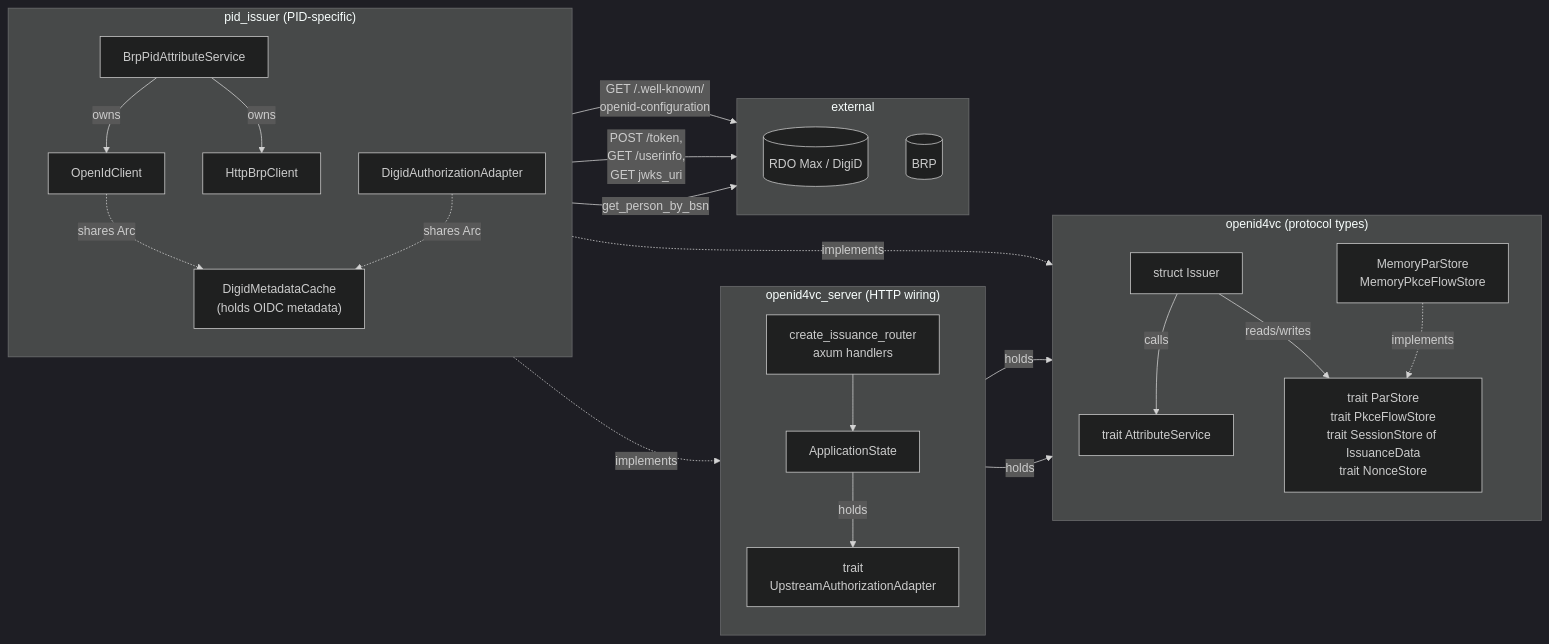
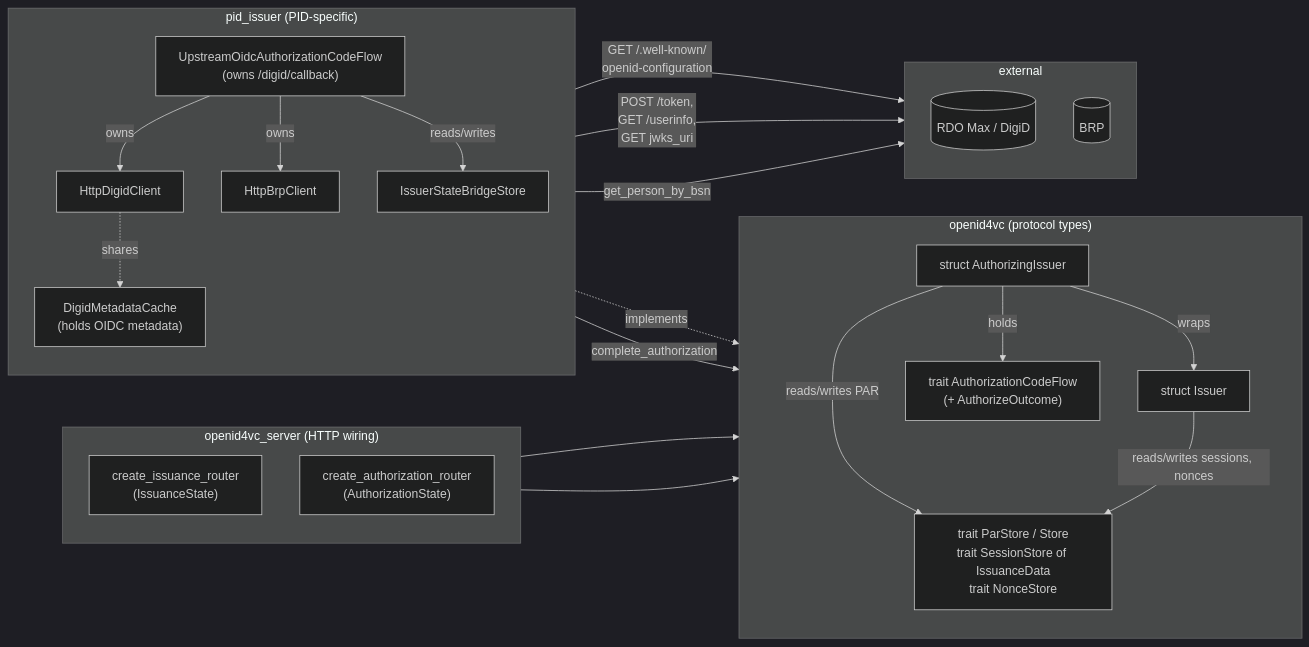
Before and after one commit to MinBZK/nl-wallet: the first of 2 diagrams in wallet_docs/development/pid-issuer-architecture.md, drawn with Mermaid (dark theme). The commit also changed other lines of this file and 1 other file, not shown here.

Commit message:
Upgrade documentation to match the changed code

````diff
--- a/wallet_docs/development/pid-issuer-architecture.md
+++ b/wallet_docs/development/pid-issuer-architecture.md
@@ -76,52 +120,49 @@
 ```{mermaid}
 flowchart LR
     subgraph ovcs["openid4vc_server (HTTP wiring)"]
         direction TB
-        Router["create_issuance_router<br/>axum handlers"]
-        AppState["ApplicationState"]
-        UpAd_trait["trait<br/>UpstreamAuthorizationAdapter"]
+        IssRouter["create_issuance_router<br/>(IssuanceState)"]
+        AuthRouter["create_authorization_router<br/>(AuthorizationState)"]
     end
 
     subgraph ovc["openid4vc (protocol types)"]
         direction TB
+        AuthIssuer["struct AuthorizingIssuer"]
         Issuer["struct Issuer"]
-        AS_trait["trait AttributeService"]
-        Store_traits["trait ParStore<br/>trait PkceFlowStore<br/>trait SessionStore of IssuanceData<br/>trait NonceStore"]
-        MemStores["MemoryParStore<br/>MemoryPkceFlowStore"]
+        AF_trait["trait AuthorizationCodeFlow<br/>(+ AuthorizeOutcome)"]
+        Store_traits["trait ParStore / Store<br/>trait SessionStore of IssuanceData<br/>trait NonceStore"]
     end
 
     subgraph pidi["pid_issuer (PID-specific)"]
         direction TB
-        BrpAttr["BrpPidAttributeService"]
-        DigidAdapter["DigidAuthorizationAdapter"]
-        OpenIdClient["OpenIdClient"]
+        Flow["UpstreamOidcAuthorizationCodeFlow<br/>(owns /digid/callback)"]
+        DigidClient["HttpDigidClient"]
         DigidCache["DigidMetadataCache<br/>(holds OIDC metadata)"]
         BrpClient["HttpBrpClient"]
+        Bridge["IssuerStateBridgeStore"]
     end
 
     subgraph ext["external"]
         direction TB
         RDO[("RDO Max / DigiD")]
         BRP[("BRP")]
     end
 
-    Router --> AppState
-    AppState -->|holds| Issuer
-    AppState -->|holds| MemStores
-    AppState -->|holds| UpAd_trait
-    Issuer -->|calls| AS_trait
-    Issuer -->|reads/writes| Store_traits
+    AuthRouter --> AuthIssuer
+    IssRouter --> Issuer
+    AuthIssuer -->|wraps| Issuer
+    AuthIssuer -->|holds| AF_trait
+    AuthIssuer -->|reads/writes PAR| Store_traits
+    Issuer -->|reads/writes sessions, nonces| Store_traits
 
-    MemStores -.implements.-> Store_traits
-    BrpAttr -.implements.-> AS_trait
-    DigidAdapter -.implements.-> UpAd_trait
-
-    BrpAttr -->|owns| OpenIdClient
-    BrpAttr -->|owns| BrpClient
-    OpenIdClient -. shares Arc .-> DigidCache
-    DigidAdapter -. shares Arc .-> DigidCache
+    Flow -.implements.-> AF_trait
+    Flow -->|owns| DigidClient
+    Flow -->|owns| BrpClient
+    Flow -->|reads/writes| Bridge
+    Flow -->|complete_authorization| AuthIssuer
+    DigidClient -. shares .-> DigidCache
 
     DigidCache -->|GET /.well-known/<br/>openid-configuration| RDO
-    OpenIdClient -->|POST /token,<br/>GET /userinfo,<br/>GET jwks_uri| RDO
+    DigidClient -->|POST /token,<br/>GET /userinfo,<br/>GET jwks_uri| RDO
     BrpClient -->|get_person_by_bsn| BRP
 ```
````
